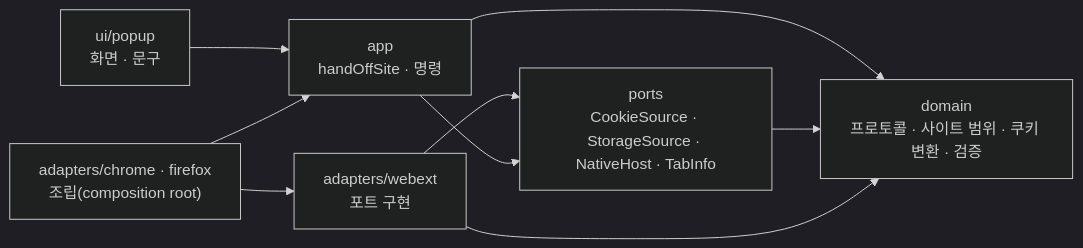
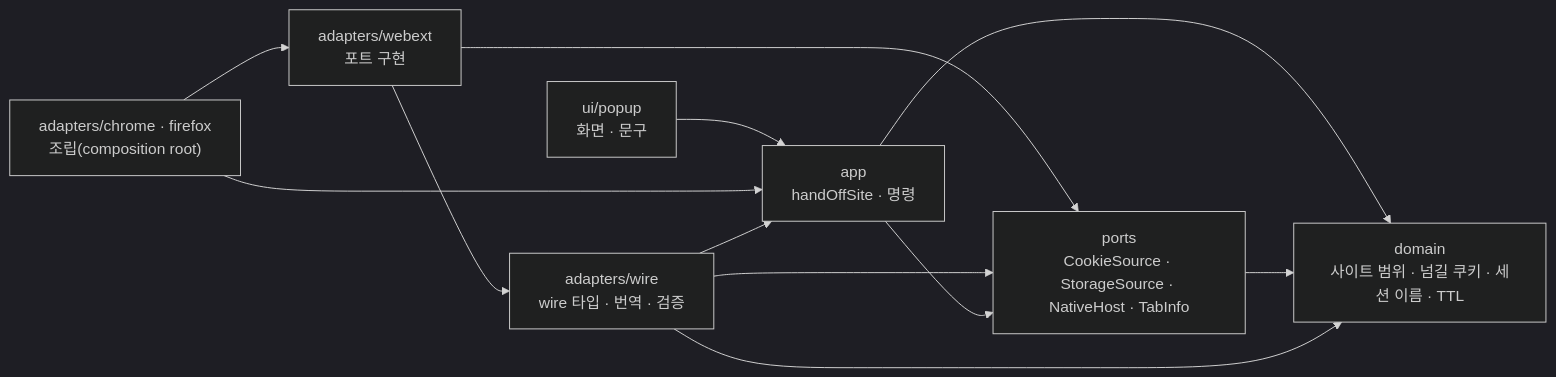
The second of 2 diagrams in integrations/browser-extension/README.md (LeeSwallow/KeyHarbor), drawn with Mermaid (dark theme) before and after one commit. The commit also changed other lines of this file and 33 other files, not shown here.

First line of the commit message:
refactor(extension): wire types in adapters, one session-name contract with Rust (#22)

````diff
--- a/integrations/browser-extension/README.md
+++ b/integrations/browser-extension/README.md
@@ -27,11 +27,14 @@
 ```mermaid
 flowchart LR
   UI["ui/popup<br/>화면 · 문구"] --> APP
   AD["adapters/chrome · firefox<br/>조립(composition root)"] --> WX["adapters/webext<br/>포트 구현"]
   AD --> APP["app<br/>handOffSite · 명령"]
+  WX --> WIRE["adapters/wire<br/>wire 타입 · 번역 · 검증"]
   WX --> PORTS["ports<br/>CookieSource · StorageSource · NativeHost · TabInfo"]
+  WIRE --> APP
+  WIRE --> PORTS
   APP --> PORTS
-  APP --> DOM["domain<br/>프로토콜 · 사이트 범위 · 쿠키 변환 · 검증"]
+  APP --> DOM["domain<br/>사이트 범위 · 넘길 쿠키 · 세션 이름 · TTL"]
   PORTS --> DOM
-  WX --> DOM
+  WIRE --> DOM
 ```
````
